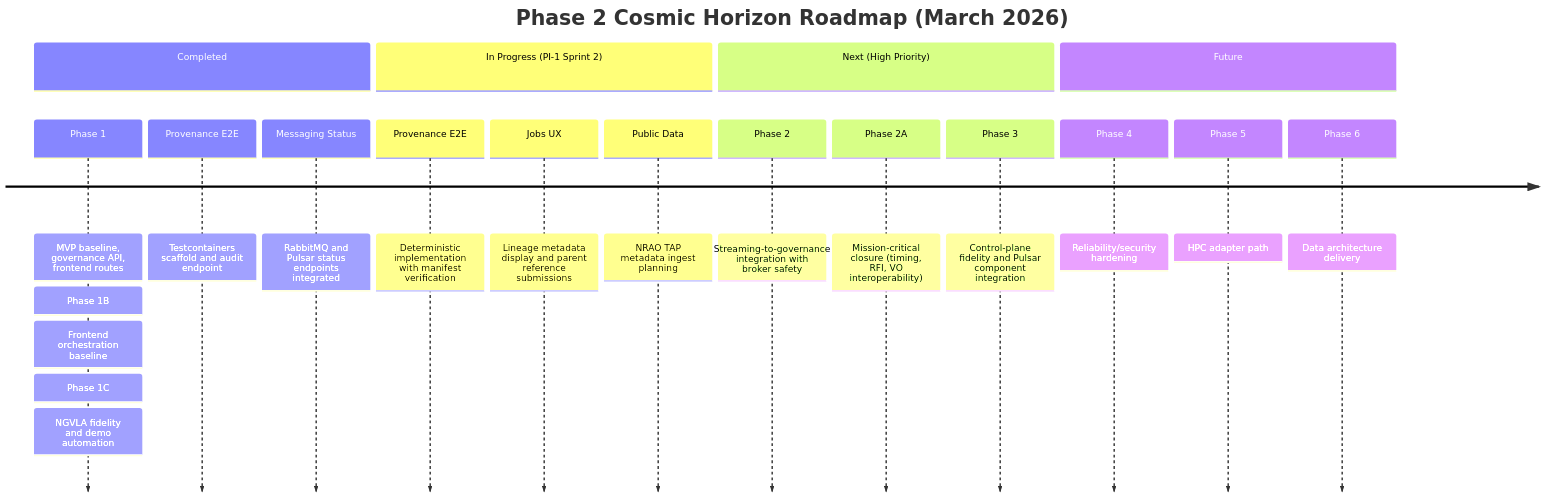
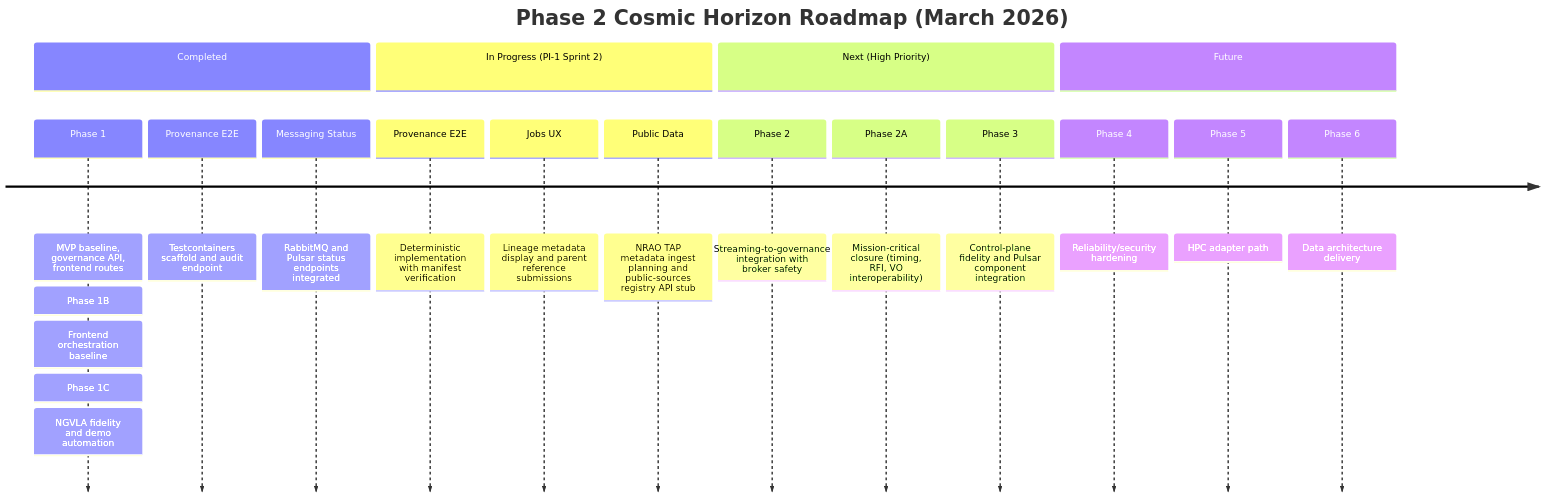
Before and after one commit to JeffreySanford/phase-2-cosmic: the diagram in ROADMAP.md, drawn with Mermaid. The commit also changed other lines of this file and 71 other files, not shown here.

````diff
--- a/ROADMAP.md
+++ b/ROADMAP.md
@@ -21,25 +21,25 @@
 ```mermaid
 timeline
     title Phase 2 Cosmic Horizon Roadmap (March 2026)
     section Completed
         Phase 1 : MVP baseline, governance API, frontend routes
             : Phase 1B: Frontend orchestration baseline
             : Phase 1C: NGVLA fidelity and demo automation
         Provenance E2E : Testcontainers scaffold and audit endpoint
         Messaging Status : RabbitMQ and Pulsar status endpoints integrated
 
     section In Progress (PI-1 Sprint 2)
         Provenance E2E : Deterministic implementation with manifest verification
         Jobs UX : Lineage metadata display and parent reference submissions
-        Public Data : NRAO TAP metadata ingest planning
+        Public Data : NRAO TAP metadata ingest planning and public-sources registry API stub
 
     section Next (High Priority)
         Phase 2 : Streaming-to-governance integration with broker safety
         Phase 2A : Mission-critical closure (timing, RFI, VO interoperability)
         Phase 3 : Control-plane fidelity and Pulsar component integration
 
     section Future
         Phase 4 : Reliability/security hardening
         Phase 5 : HPC adapter path
         Phase 6 : Data architecture delivery
 ```
````
